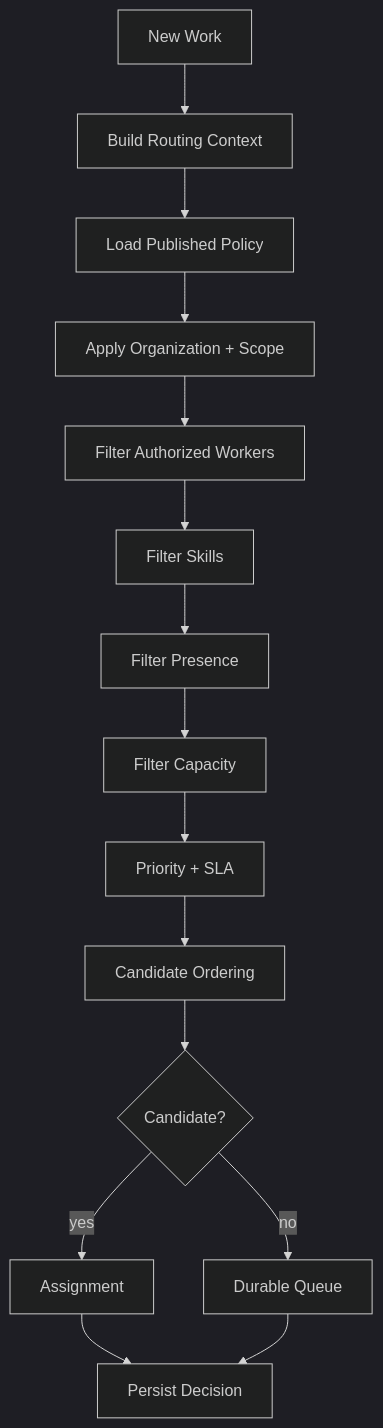
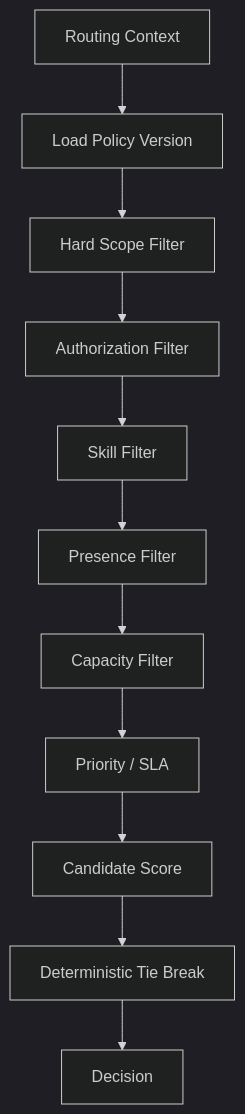
One commit to D-engahmed/OMILINKS changed the second of 3 diagrams in docs/domain/routing.md. Above: the diagram before and after it, drawn with Mermaid (dark theme). The commit also changed other lines of this file and 2 other files, not shown here.

Commit message:
docs: deepen workforce routing and knowledge domain contracts

````diff
--- a/docs/domain/routing.md
+++ b/docs/domain/routing.md
@@ -43,17 +46,13 @@
-```mermaid
+~~~mermaid
 flowchart TD
-EVENT[New Work] --> CONTEXT[Build Routing Context]
-CONTEXT --> POLICY[Load Published Policy]
-POLICY --> SCOPE[Apply Organization + Scope]
-SCOPE --> AUTH[Filter Authorized Workers]
-AUTH --> SKILL[Filter Skills]
-SKILL --> PRESENCE[Filter Presence]
-PRESENCE --> CAPACITY[Filter Capacity]
-CAPACITY --> PRIORITY[Priority + SLA]
-PRIORITY --> SCORE[Candidate Ordering]
-SCORE --> DECIDE{Candidate?}
-DECIDE -->|yes| ASSIGN[Assignment]
-DECIDE -->|no| QUEUE[Durable Queue]
-ASSIGN --> RECORD[Persist Decision]
-QUEUE --> RECORD
-```
+CONTEXT[Routing Context] --> POLICY[Load Policy Version]
+POLICY --> SCOPE[Hard Scope Filter]
+SCOPE --> AUTH[Authorization Filter]
+AUTH --> SKILL[Skill Filter]
+SKILL --> PRESENCE[Presence Filter]
+PRESENCE --> CAPACITY[Capacity Filter]
+CAPACITY --> SLA[Priority / SLA]
+SLA --> SCORE[Candidate Score]
+SCORE --> TIE[Deterministic Tie Break]
+TIE --> ASSIGN[Decision]
+~~~
````
